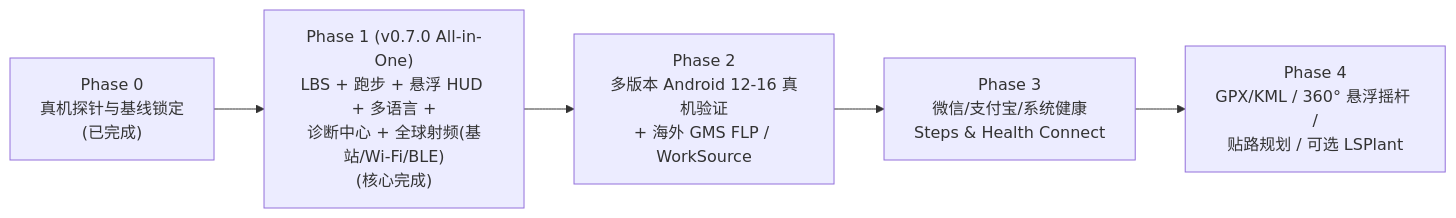
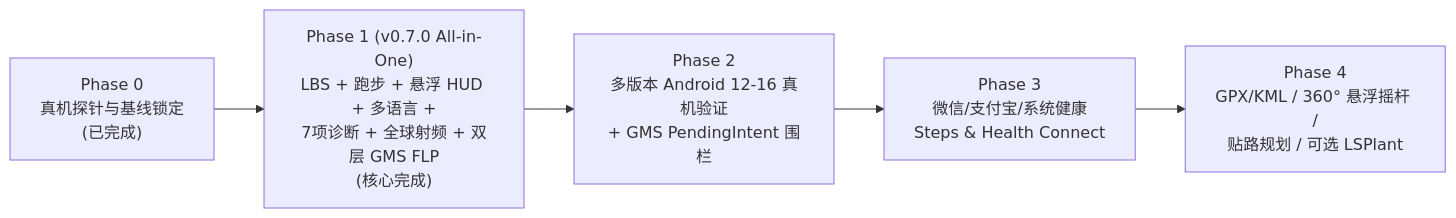
Before and after one commit to xmbhjQAQ/Kuroko-Teleport: the diagram in docs/ROADMAP.md, drawn with Mermaid. The commit also changed other lines of this file and 4 other files, not shown here.

Commit message:
docs: document v0.7.0 dual-layer GMS FLP, Play Integrity safety and 7-check diagnostics

````diff
--- a/docs/ROADMAP.md
+++ b/docs/ROADMAP.md
@@ -5,10 +5,10 @@
 ```mermaid
 flowchart LR
     P0["Phase 0\n真机探针与基线锁定\n(已完成)"]
-    P1["Phase 1 (v0.7.0 All-in-One)\nLBS + 跑步 + 悬浮 HUD + 多语言 +\n诊断中心 + 全球射频(基站/Wi-Fi/BLE)\n(核心完成)"]
-    P2["Phase 2\n多版本 Android 12-16 真机验证\n+ 海外 GMS FLP / WorkSource"]
+    P1["Phase 1 (v0.7.0 All-in-One)\nLBS + 跑步 + 悬浮 HUD + 多语言 +\n7项诊断 + 全球射频 + 双层 GMS FLP\n(核心完成)"]
+    P2["Phase 2\n多版本 Android 12-16 真机验证\n+ GMS PendingIntent 围栏"]
     P3["Phase 3\n微信/支付宝/系统健康\nSteps & Health Connect"]
     P4["Phase 4\nGPX/KML / 360° 悬浮摇杆 /\n贴路规划 / 可选 LSPlant"]
 
     P0 --> P1 --> P2 --> P3 --> P4
 ```
````
